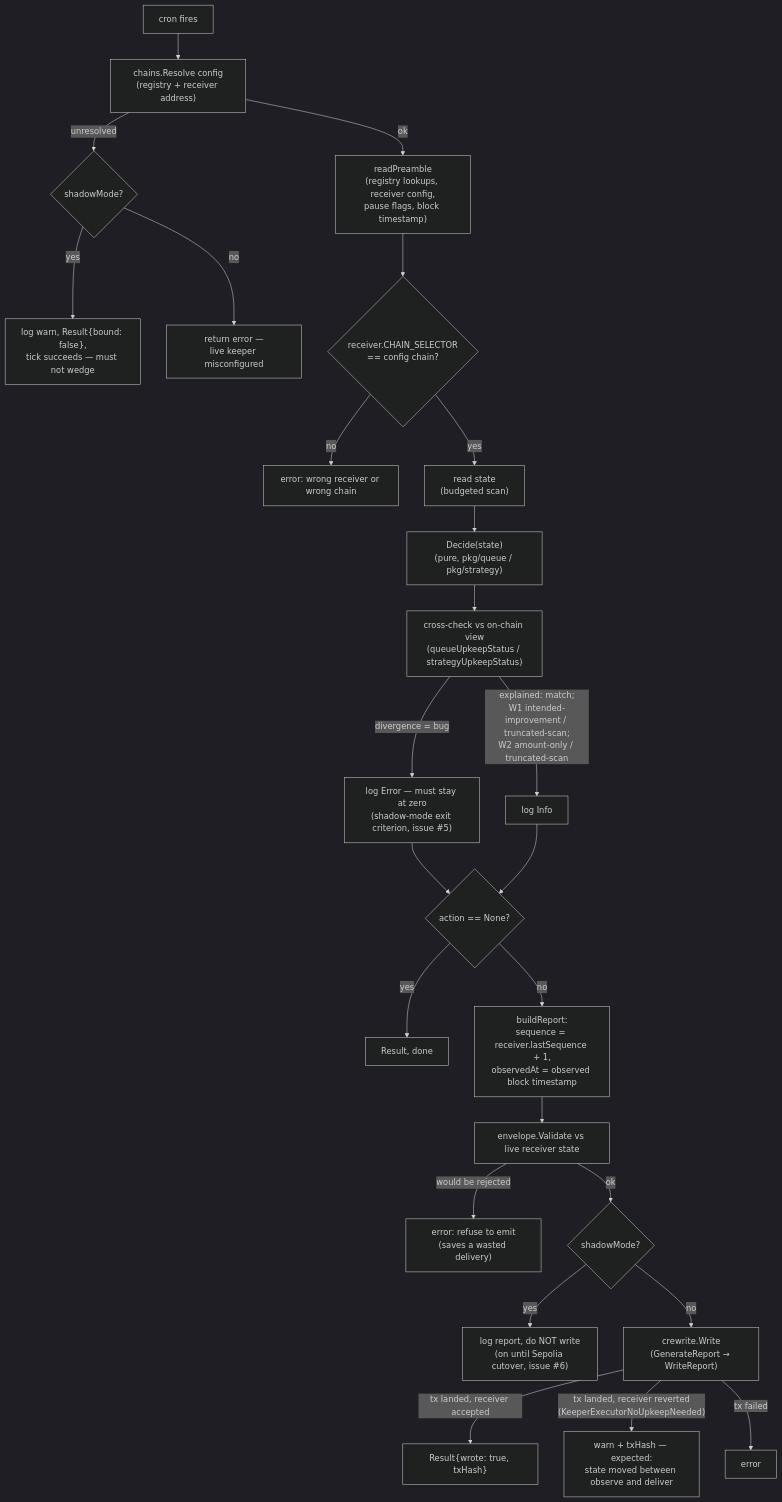
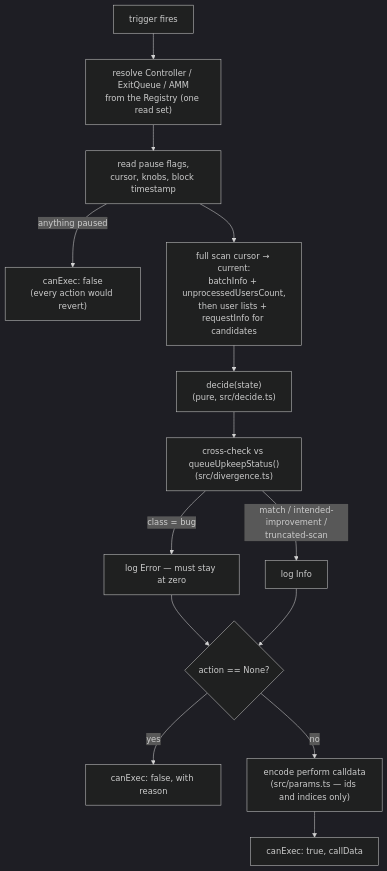
One commit to everstrat-xyz/keepers changed the second of 2 diagrams in blueprints/01-system-overview.md. Above: the diagram before and after it, drawn with Mermaid (dark theme). The commit also changed other lines of this file and 93 other files, not shown here.

````diff
--- a/blueprints/01-system-overview.md
+++ b/blueprints/01-system-overview.md
@@ -73,27 +85,16 @@
 ```mermaid
 flowchart TB
-    T["cron fires"] --> R["chains.Resolve config<br/>(registry + receiver address)"]
-    R -- "unresolved" --> S{"shadowMode?"}
-    S -- "yes" --> SW["log warn, Result{bound: false},<br/>tick succeeds — must not wedge"]
-    S -- "no" --> FAIL["return error —<br/>live keeper misconfigured"]
-    R -- "ok" --> P["readPreamble<br/>(registry lookups, receiver config,<br/>pause flags, block timestamp)"]
-    P --> CS{"receiver.CHAIN_SELECTOR<br/>== config chain?"}
-    CS -- "no" --> FAIL2["error: wrong receiver or wrong chain"]
-    CS -- "yes" --> ST["read state<br/>(budgeted scan)"]
-    ST --> D["Decide(state)<br/>(pure, pkg/queue / pkg/strategy)"]
-    D --> X["cross-check vs on-chain view<br/>(queueUpkeepStatus / strategyUpkeepStatus)"]
-    X -- "divergence = bug" --> EL["log Error — must stay at zero<br/>(shadow-mode exit criterion, issue #5)"]
-    X -- "explained: match;<br/>W1 intended-improvement / truncated-scan;<br/>W2 amount-only / truncated-scan" --> IL["log Info"]
+    T["trigger fires"] --> R["resolve Controller / ExitQueue / AMM<br/>from the Registry (one read set)"]
+    R --> P["read pause flags,<br/>cursor, knobs, block timestamp"]
+    P -- "anything paused" --> NONE1["canExec: false<br/>(every action would revert)"]
+    P --> S["full scan cursor → current:<br/>batchInfo + unprocessedUsersCount,<br/>then user lists + requestInfo for candidates"]
+    S --> D["decide(state)<br/>(pure, src/decide.ts)"]
+    D --> X["cross-check vs queueUpkeepStatus()<br/>(src/divergence.ts)"]
+    X -- "class = bug" --> EL["log Error — must stay at zero"]
+    X -- "match / intended-improvement /<br/>truncated-scan" --> IL["log Info"]
     EL --> NA{"action == None?"}
     IL --> NA
-    NA -- "yes" --> DONE["Result, done"]
-    NA -- "no" --> BR["buildReport:<br/>sequence = receiver.lastSequence + 1,<br/>observedAt = observed block timestamp"]
-    BR --> V["envelope.Validate vs live receiver state"]
-    V -- "would be rejected" --> FAIL3["error: refuse to emit<br/>(saves a wasted delivery)"]
-    V -- "ok" --> SM2{"shadowMode?"}
-    SM2 -- "yes" --> SH["log report, do NOT write<br/>(on until Sepolia cutover, issue #6)"]
-    SM2 -- "no" --> WR["crewrite.Write<br/>(GenerateReport → WriteReport)"]
-    WR -- "tx landed, receiver accepted" --> OK["Result{wrote: true, txHash}"]
-    WR -- "tx landed, receiver reverted<br/>(KeeperExecutorNoUpkeepNeeded)" --> REV["warn + txHash — expected:<br/>state moved between observe and deliver"]
-    WR -- "tx failed" --> FAIL4["error"]
+    NA -- "yes" --> NONE2["canExec: false, with reason"]
+    NA -- "no" --> E["encode perform calldata<br/>(src/params.ts — ids and indices only)"]
+    E --> OUT["canExec: true, callData"]
 ```
````
